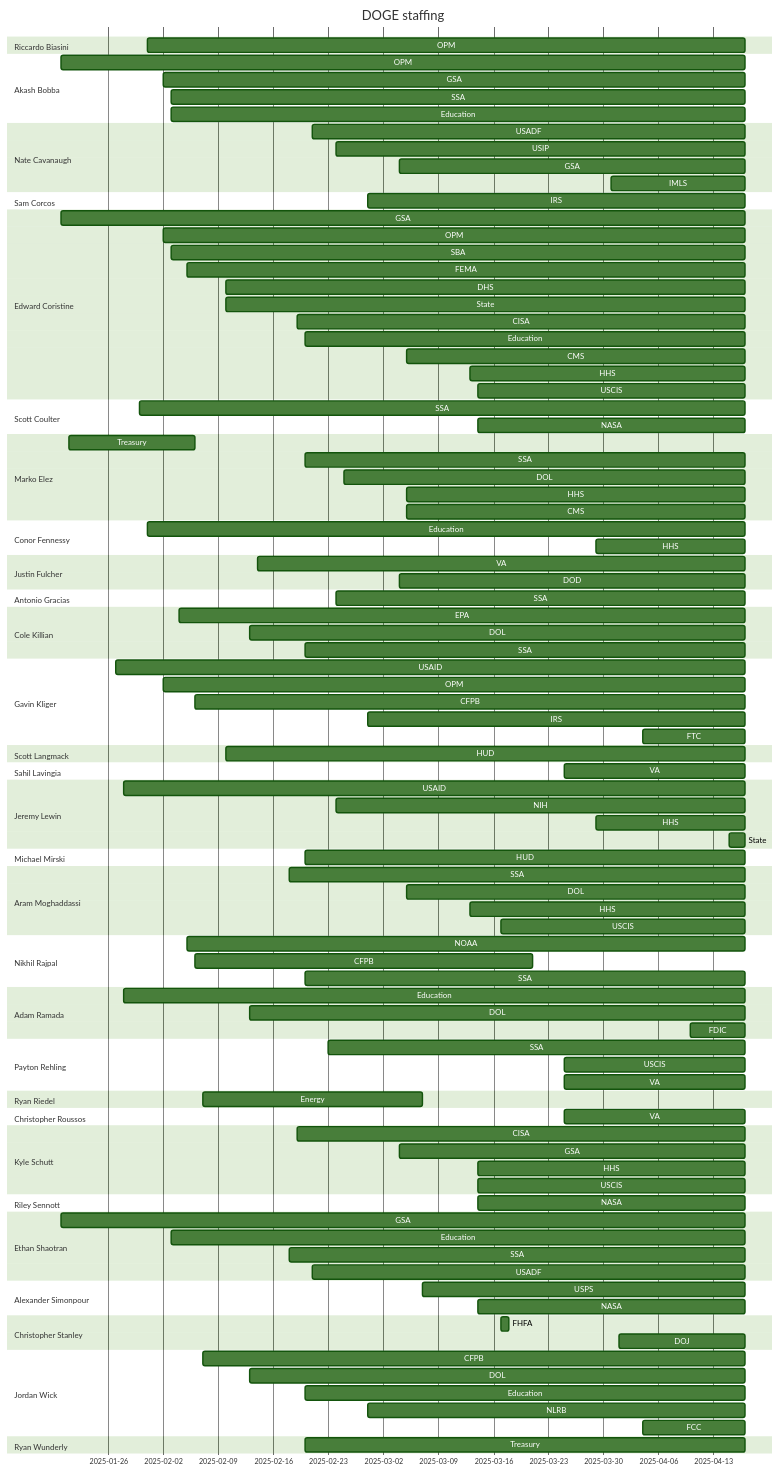
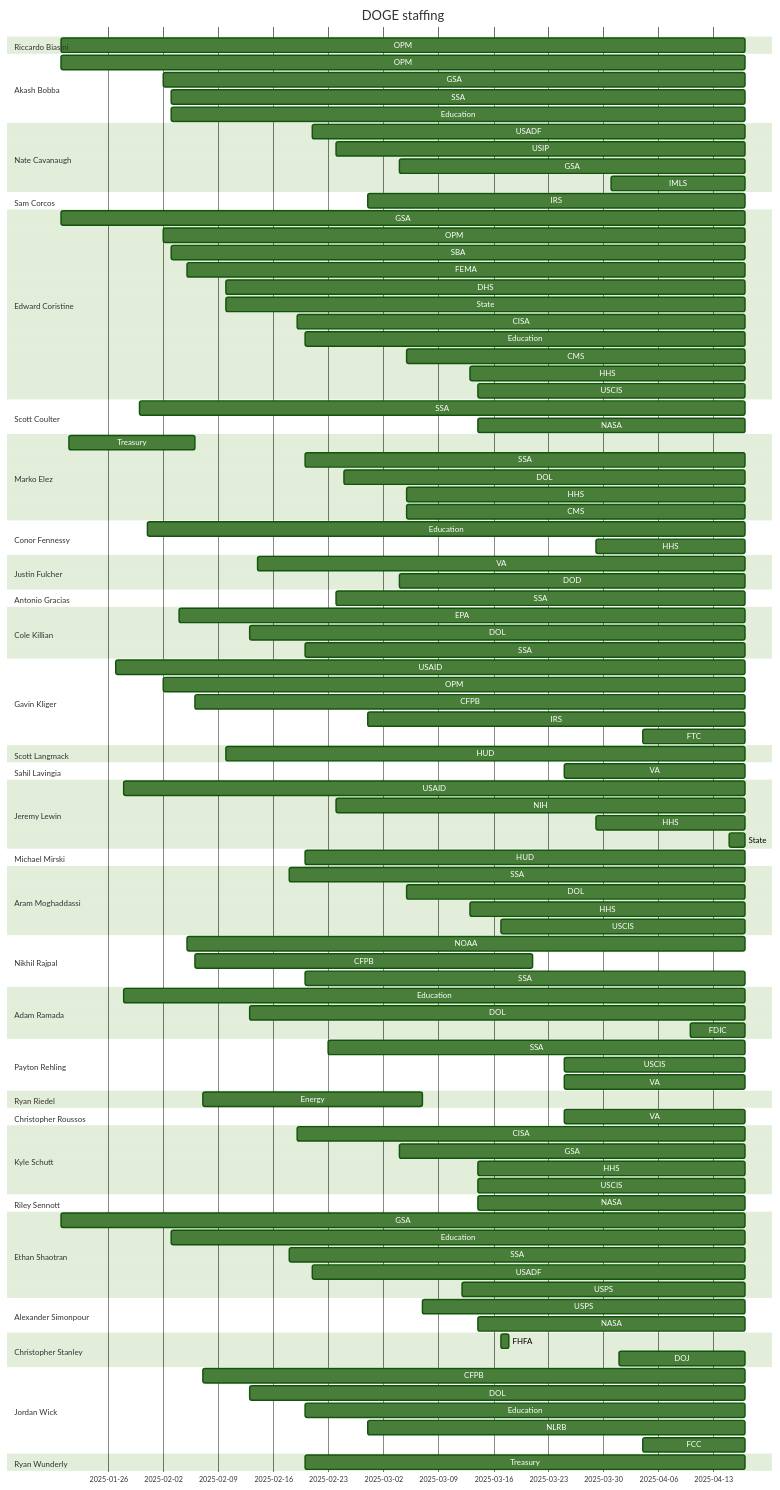
One commit to harrisj/trump_data changed the diagram in it_modernization/staffing_chart.md. Above: the diagram before and after it, drawn with Mermaid (forest theme). The commit also changed 9 other files, not shown here.

```diff
--- a/it_modernization/staffing_chart.md
+++ b/it_modernization/staffing_chart.md
@@ -4,7 +4,7 @@
     todayMarker off
     dateFormat YYYY-MM-DD
     section Riccardo Biasini
-        OPM : 2025-01-31, 2025-04-17
+        OPM : 2025-01-20, 2025-04-17
     section Akash Bobba
         OPM : 2025-01-20, 2025-04-17
         GSA : 2025-02-02, 2025-04-17
@@ -100,6 +100,7 @@
         Education : 2025-02-03, 2025-04-17
         SSA : 2025-02-18, 2025-04-17
         USADF : 2025-02-21, 2025-04-17
+        USPS : 2025-03-12, 2025-04-17
     section Alexander Simonpour
         USPS : 2025-03-07, 2025-04-17
         NASA : 2025-03-14, 2025-04-17
```
